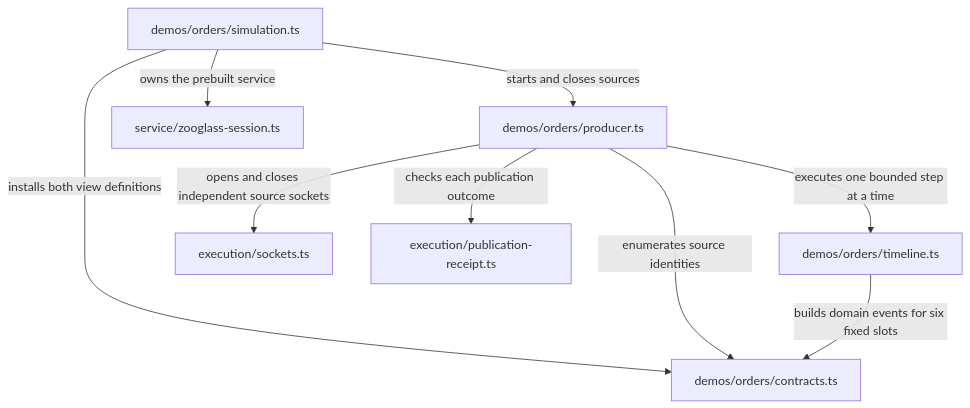
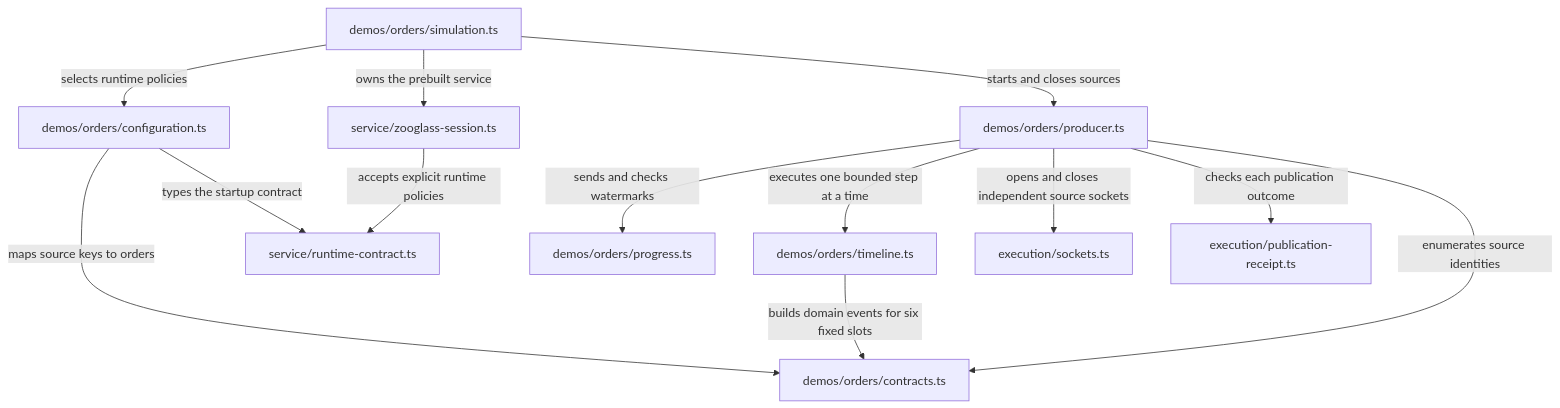
One commit to sproates/zooglass changed the ninth of 10 diagrams in workbench/docs/source-map.md. Above: the diagram before and after it, drawn with Mermaid. The commit also changed 17 other files, not shown here.

Commit message:
Configure Order sources, reconciliation policies and progress evidence

````diff
--- a/workbench/docs/source-map.md
+++ b/workbench/docs/source-map.md
@@ -393,17 +393,24 @@
 ```mermaid
 flowchart TB
   simulation["demos/orders/simulation.ts"]
   contracts["demos/orders/contracts.ts"]
   producer["demos/orders/producer.ts"]
   timeline["demos/orders/timeline.ts"]
   service["service/zooglass-session.ts"]
   sockets["execution/sockets.ts"]
-  simulation -->|installs both view definitions| contracts
+  configuration["demos/orders/configuration.ts"]
+  progress["demos/orders/progress.ts"]
+  contract["service/runtime-contract.ts"]
+  simulation -->|selects runtime policies| configuration
+  configuration -->|maps source keys to orders| contracts
+  configuration -->|types the startup contract| contract
+  service -->|accepts explicit runtime policies| contract
+  producer -->|sends and checks watermarks| progress
   simulation -->|owns the prebuilt service| service
   simulation -->|starts and closes sources| producer
   producer -->|executes one bounded step at a time| timeline
   producer -->|opens and closes independent source sockets| sockets
   producer -->|checks each publication outcome| receipts["execution/publication-receipt.ts"]
   producer -->|enumerates source identities| contracts
   timeline -->|builds domain events for six fixed slots| contracts
 ```
````
